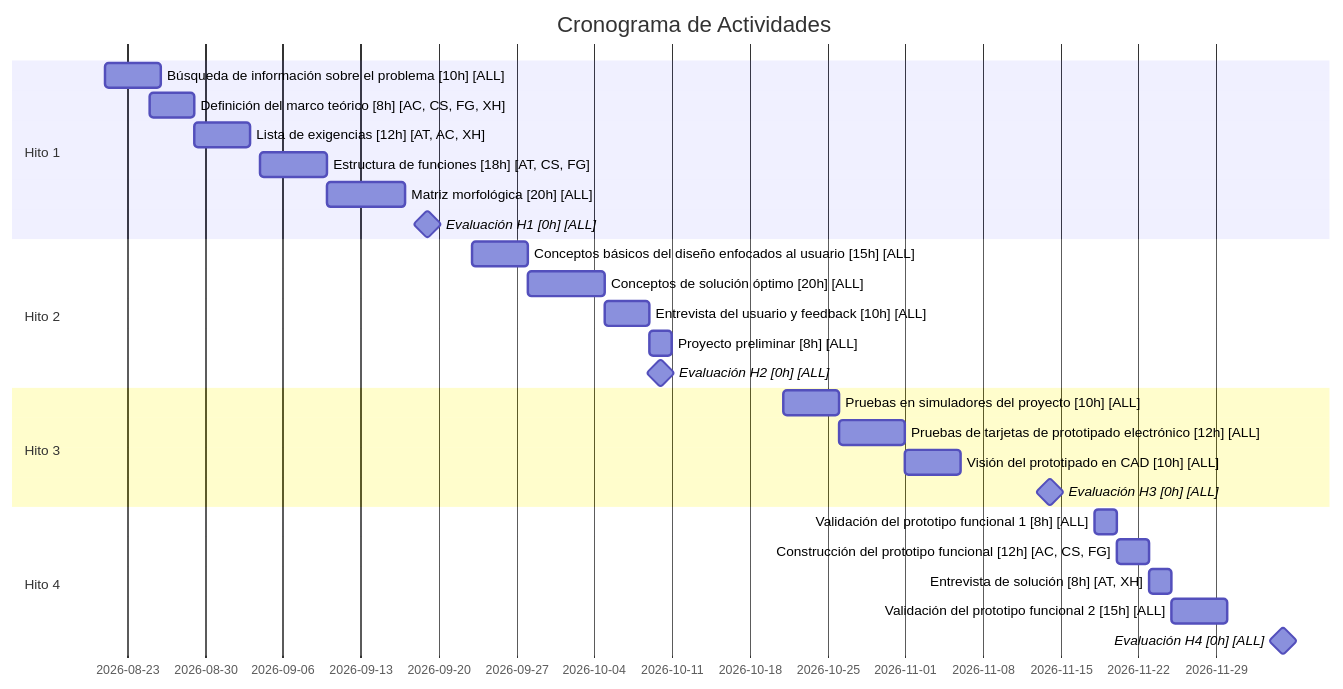
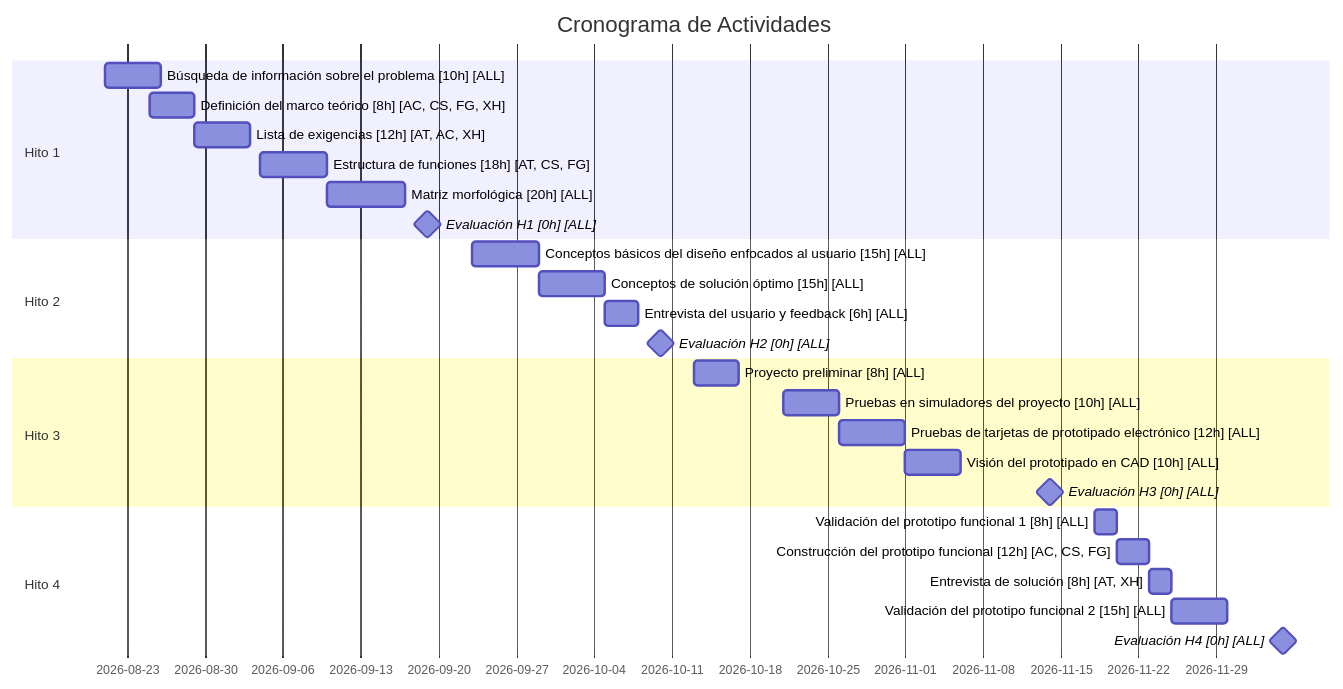
Before and after one commit to adriiit/PBDI_G1: the diagram in Hito 1/gantt_.md, drawn with Mermaid.

````diff
--- a/Hito 1/gantt_.md
+++ b/Hito 1/gantt_.md
@@ -2,33 +2,33 @@
 ```mermaid
 gantt
     dateFormat  YYYY-MM-DD
     title Cronograma de Actividades
 
     section Hito 1
     Búsqueda de información sobre el problema [10h] [ALL]      :a1, 2026-08-21, 5d
     Definición del marco teórico [8h] [AC, CS, FG, XH]                    :a2, 2026-08-25, 4d
     Lista de exigencias [12h] [AT, AC, XH]                            :a3, 2026-08-29, 5d
     Estructura de funciones [18h] [AT, CS, FG]                        :a4, 2026-09-4, 6d
     Matriz morfológica [20h] [ALL]                            :a5, after a4, 7d
     Evaluación H1 [0h] [ALL]                                   :milestone, h1, 2026-09-19, 0d
 
     section Hito 2
-    Conceptos básicos del diseño enfocados al usuario [15h] [ALL] :b1, 2026-09-23, 5d
-    Conceptos de solución óptimo [20h] [ALL]                   :b2, after b1, 7d
-    Entrevista del usuario y feedback [10h] [ALL]             :b3, after b2, 4d
-    Proyecto preliminar [8h] [ALL]                             :b4, after b3, 2d
+    Conceptos básicos del diseño enfocados al usuario [15h] [ALL] :b1, 2026-09-23, 6d
+    Conceptos de solución óptimo [15h] [ALL]                   :b2, after b1, 6d
+    Entrevista del usuario y feedback [6h] [ALL]             :b3, after b2, 3d
     Evaluación H2 [0h] [ALL]                                   :milestone, h2, 2026-10-10, 0d
 
     section Hito 3
+    Proyecto preliminar [8h] [ALL]                             :b4, 2026-10-13, 4d
     Pruebas en simuladores del proyecto [10h] [ALL]           :c1, 2026-10-21, 5d
     Pruebas de tarjetas de prototipado electrónico [12h] [ALL] :c2, after c1, 6d
     Visión del prototipado en CAD [10h] [ALL]                  :c3, after c2, 5d
     Evaluación H3 [0h] [ALL]                                   :milestone, h3, 2026-11-14, 0d
 
     section Hito 4
     Validación del prototipo funcional 1 [8h] [ALL]            :d1, 2026-11-18, 2d
     Construcción del prototipo funcional [12h] [AC, CS, FG]           :d2, after d1, 3d
     Entrevista de solución [8h] [AT, XH]                          :d3, after d2, 2d
     Validación del prototipo funcional 2 [15h] [ALL]           :d4, after d3, 5d
     Evaluación H4 [0h] [ALL]                                   :milestone, h4, 2026-12-05, 0d
 ```
````
